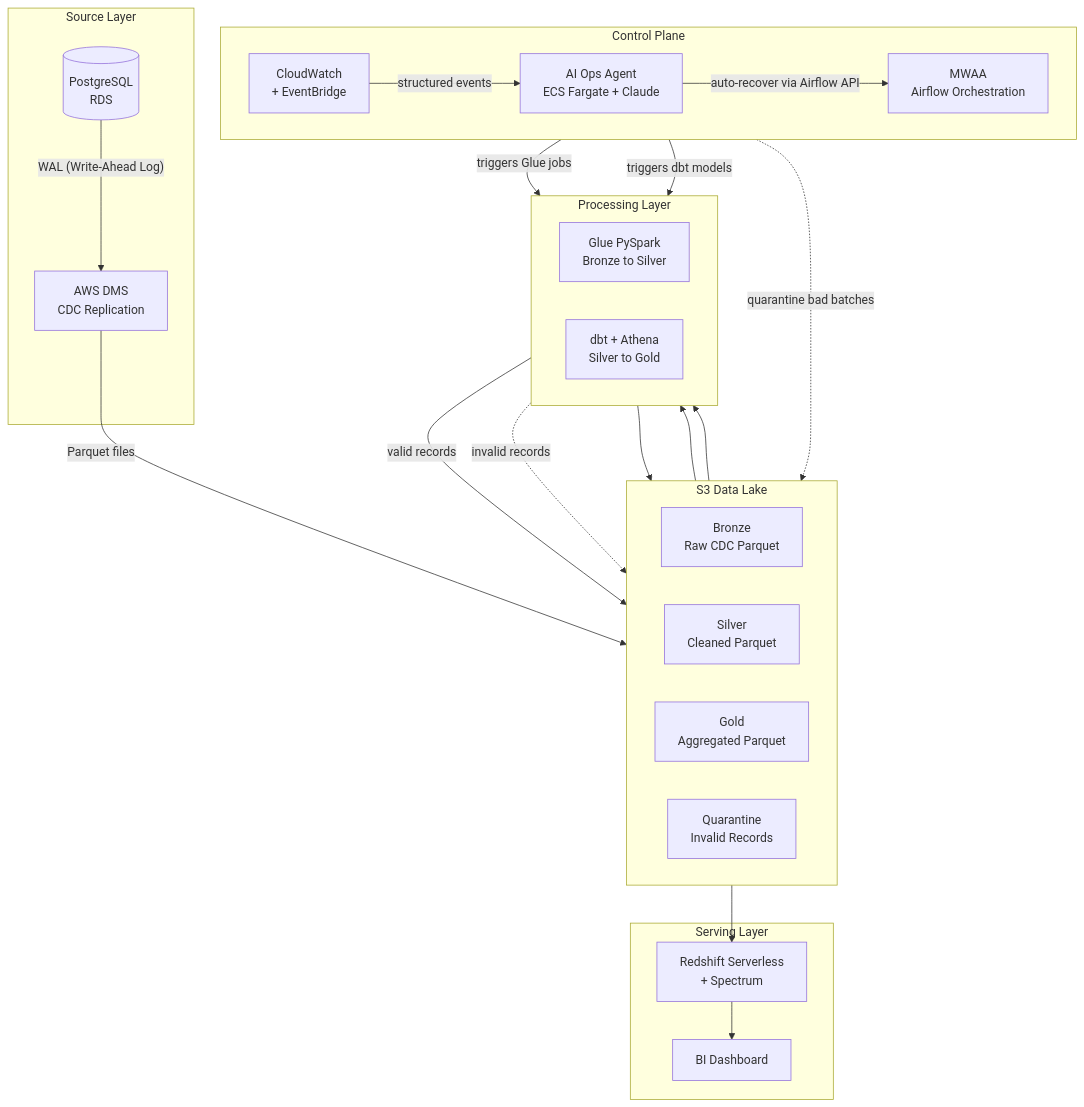
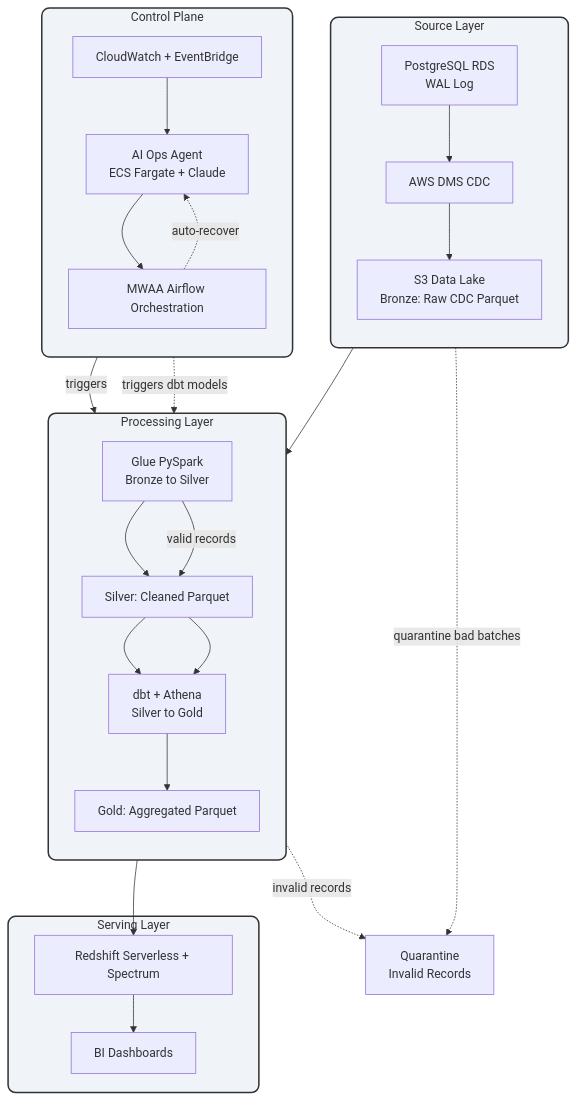
The diagram in profile/README.md (enterprise-data-platform-emeka/.github), drawn with Mermaid before and after one commit.

Commit message:
Refactor architecture diagram for clarity

````diff
--- a/profile/README.md
+++ b/profile/README.md
@@ -11,49 +11,38 @@
 ```mermaid
-flowchart TB
-    subgraph CTRL["Control Plane"]
-        direction LR
-        MWAA["MWAA\nAirflow Orchestration"]
-        CW["CloudWatch\n+ EventBridge"]
-        AI["AI Ops Agent\nECS Fargate + Claude"]
+flowchart TD
+    subgraph Source ["Source Layer"]
+        direction TB
+        Postgres[PostgreSQL RDS\nWAL Log] --> DMS[AWS DMS CDC]
+        DMS --> S3Raw[S3 Data Lake\nBronze: Raw CDC Parquet]
     end
 
-    subgraph SRC["Source Layer"]
-        PG[("PostgreSQL\nRDS")]
-        DMS["AWS DMS\nCDC Replication"]
+    subgraph Control ["Control Plane"]
+        direction TB
+        CW[CloudWatch + EventBridge] --> AI[AI Ops Agent\nECS Fargate + Claude]
+        AI --> MWAA[MWAA Airflow Orchestration]
+        MWAA -.->|auto-recover| AI
     end
 
-    subgraph LAKE["S3 Data Lake"]
-        direction LR
-        BRONZE["Bronze\nRaw CDC Parquet"]
-        SILVER["Silver\nCleaned Parquet"]
-        GOLD["Gold\nAggregated Parquet"]
-        QUARANTINE["Quarantine\nInvalid Records"]
+    subgraph Processing ["Processing Layer"]
+        direction TB
+        Glue[Glue PySpark\nBronze to Silver] --> Silver[Silver: Cleaned Parquet]
+        Silver --> DBT[dbt + Athena\nSilver to Gold]
+        DBT --> Gold[Gold: Aggregated Parquet]
     end
 
-    subgraph PROC["Processing Layer"]
-        direction LR
-        GLUE["Glue PySpark\nBronze to Silver"]
-        DBT["dbt + Athena\nSilver to Gold"]
+    subgraph Serving ["Serving Layer"]
+        Redshift[Redshift Serverless + Spectrum] --> BI[BI Dashboards]
     end
 
-    subgraph SERVE["Serving Layer"]
-        RS["Redshift Serverless\n+ Spectrum"]
-        BI["BI Dashboard"]
-    end
+    S3Raw --> Glue
+    MWAA -->|triggers| Glue
+    Glue -->|valid records| Silver
+    Glue -.->|invalid records| Quarantine[Quarantine\nInvalid Records]
+    Silver --> DBT
+    Gold --> Redshift
+    S3Raw -.->|quarantine bad batches| Quarantine
+    MWAA -.->|triggers dbt models| DBT
 
-    PG -->|"WAL (Write-Ahead Log)"| DMS
-    DMS -->|"Parquet files"| BRONZE
-    BRONZE --> GLUE
-    GLUE -->|valid records| SILVER
-    GLUE -.->|invalid records| QUARANTINE
-    SILVER --> DBT
-    DBT --> GOLD
-    GOLD --> RS
-    RS --> BI
-
-    MWAA -->|triggers Glue jobs| GLUE
-    MWAA -->|triggers dbt models| DBT
-    CW -->|structured events| AI
-    AI -->|auto-recover via Airflow API| MWAA
-    AI -.->|quarantine bad batches| QUARANTINE
+    classDef layer fill:#f0f4f8,stroke:#333,stroke-width:2px,rx:10,ry:10;
+    class Source,Control,Processing,Serving layer;
 ```
````
